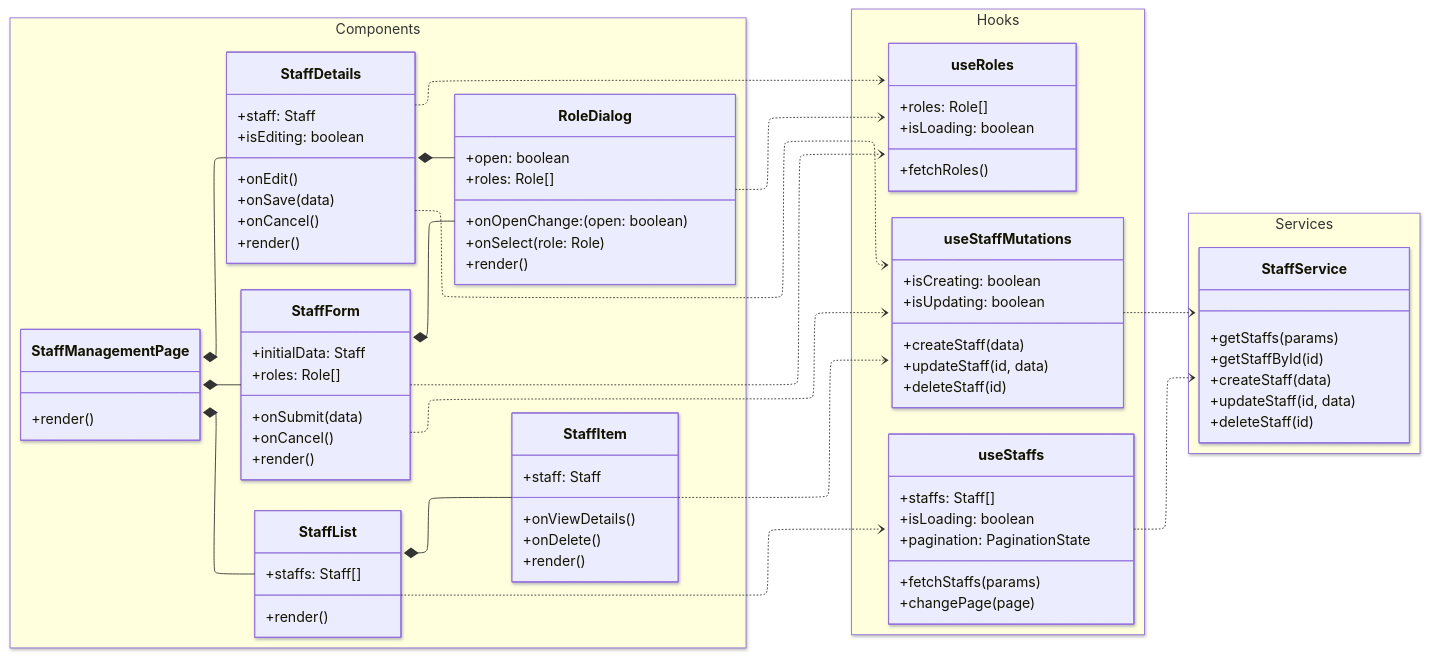
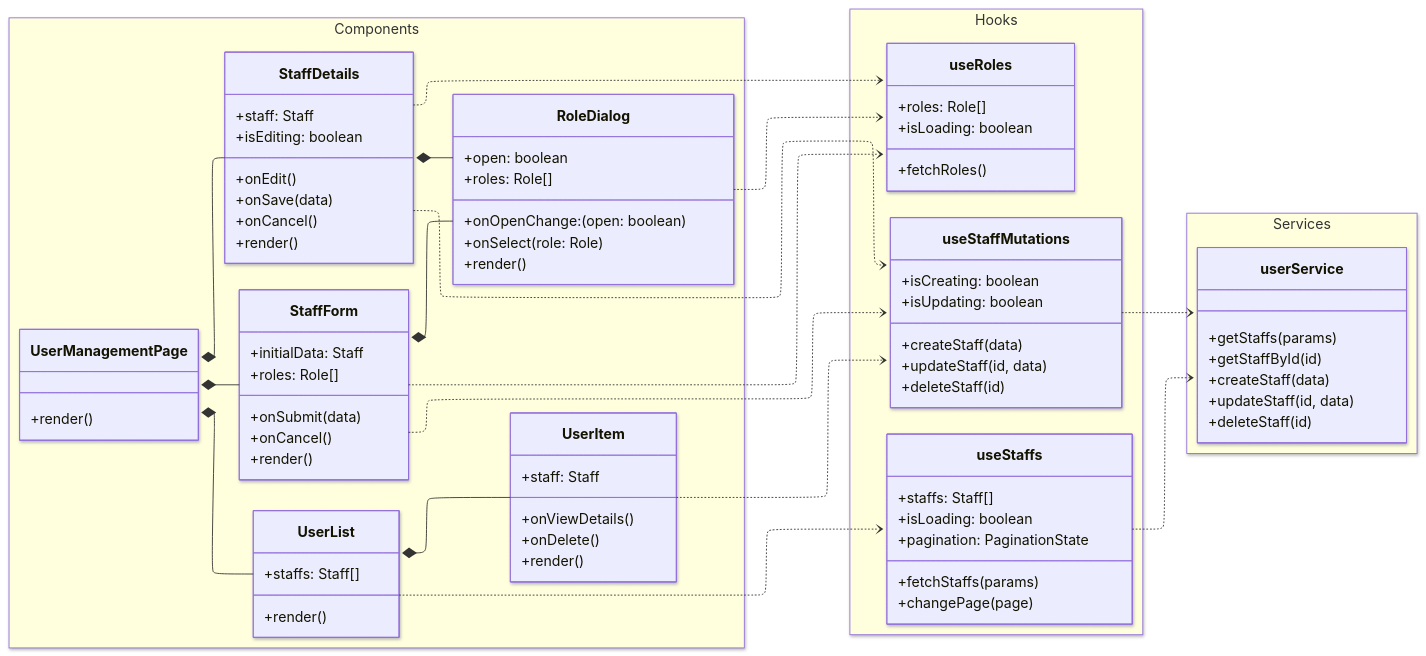
The diagram in src/frontend/.tmp-diagram/admin/admin_staff.mmd (ariesanhthu/AI4STYLE), drawn with Mermaid before and after one commit. The commit also changed 33 other files, not shown here.

Commit message:
FE: admin-site, add user management page

```diff
--- a/src/frontend/.tmp-diagram/admin/admin_staff.mmd
+++ b/src/frontend/.tmp-diagram/admin/admin_staff.mmd
@@ -1,105 +1,105 @@
 ---
 config:
   look: neo
   theme: default
   layout: elk
 ---
 classDiagram
 direction LR
     namespace Components {
         %% Main page for staff management
-        class StaffManagementPage {
+        class UserManagementPage {
             +render()
         }
         %% List view of staff members
-        class StaffList {
+        class UserList {
             +staffs: Staff[]
             +render()
         }
         %% Individual staff row
-        class StaffItem {
+        class UserItem {
             +staff: Staff
             +onViewDetails()
             +onDelete()
             +render()
         }
         %% Form for creating new staff
         class StaffForm {
             +initialData: Staff
             +roles: Role[]
             +onSubmit(data)
             +onCancel()
             +render()
         }
         %% View/Edit staff details
         class StaffDetails {
             +staff: Staff
             +isEditing: boolean
             +onEdit()
             +onSave(data)
             +onCancel()
             +render()
         }
         %% Dialog for selecting roles
         class RoleDialog {
             +open: boolean
             +onOpenChange: (open: boolean)
             +roles: Role[]
             +onSelect(role: Role)
             +render()
         }
     }
 
     namespace Hooks {
         %% Manages staff list fetching
         class useStaffs {
             +staffs: Staff[]
             +isLoading: boolean
             +pagination: PaginationState
             +fetchStaffs(params)
             +changePage(page)
         }
         %% Manages staff CUD operations
         class useStaffMutations {
             +createStaff(data)
             +updateStaff(id, data)
             +deleteStaff(id)
             +isCreating: boolean
             +isUpdating: boolean
         }
         %% Fetches roles for assignment
         class useRoles {
             +roles: Role[]
             +isLoading: boolean
             +fetchRoles()
         }
     }
 
     namespace Services {
         %% API calls for staff
-        class StaffService {
+        class userService {
             +getStaffs(params)
             +getStaffById(id)
             +createStaff(data)
             +updateStaff(id, data)
             +deleteStaff(id)
         }
     }
 
-    StaffManagementPage *-- StaffList
-    StaffManagementPage *-- StaffForm
-    StaffManagementPage *-- StaffDetails
-    StaffList *-- StaffItem
+    UserManagementPage *-- UserList
+    UserManagementPage *-- StaffForm
+    UserManagementPage *-- StaffDetails
+    UserList *-- UserItem
     StaffForm *-- RoleDialog
     StaffDetails *-- RoleDialog
 
-    StaffList ..> useStaffs
+    UserList ..> useStaffs
     StaffForm ..> useStaffMutations
     StaffForm ..> useRoles
     StaffDetails ..> useStaffMutations
     StaffDetails ..> useRoles
-    StaffItem ..> useStaffMutations
+    UserItem ..> useStaffMutations
     RoleDialog ..> useRoles
 
-    useStaffs ..> StaffService
-    useStaffMutations ..> StaffService
+    useStaffs ..> userService
+    useStaffMutations ..> userService
```
